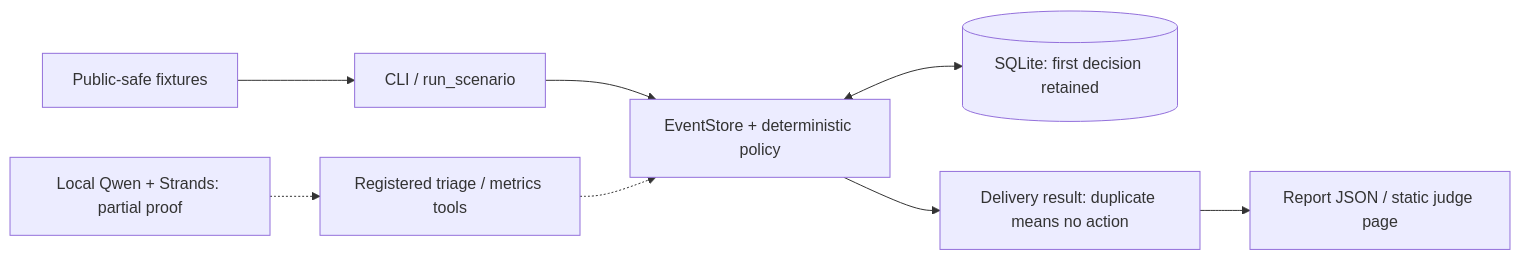
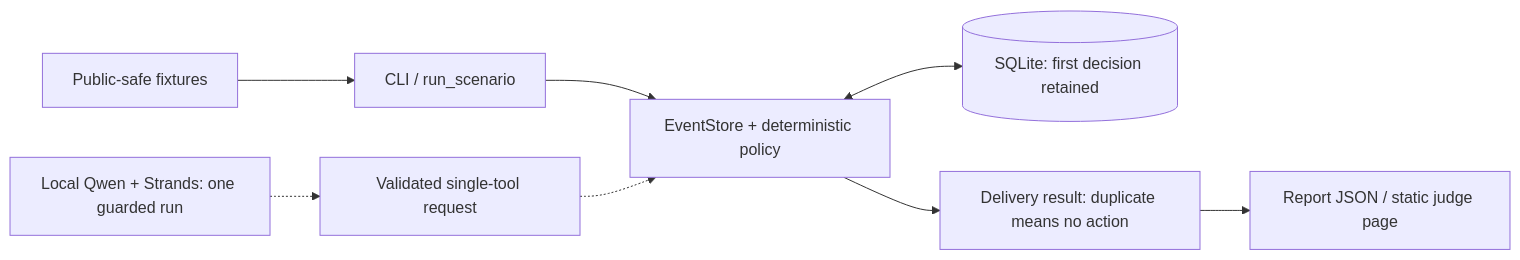
The diagram in README.md (Peanuts1605/only-when-it-matters), drawn with Mermaid before and after one commit. The commit also changed other lines of this file and 11 other files, not shown here.

Commit message:
Enforce one guarded Strands tool request and record local proof

````diff
--- a/README.md
+++ b/README.md
@@ -39,10 +39,10 @@
 ```mermaid
 flowchart LR
     A[Public-safe fixtures] --> B[CLI / run_scenario]
     B --> C[EventStore + deterministic policy]
-    S[Local Qwen + Strands: partial proof] -.-> T[Registered triage / metrics tools]
+    S[Local Qwen + Strands: one guarded run] -.-> T[Validated single-tool request]
     T -.-> C
     C <--> D[(SQLite: first decision retained)]
     C --> E[Delivery result: duplicate means no action]
     E --> F[Report JSON / static judge page]
 ```
````
